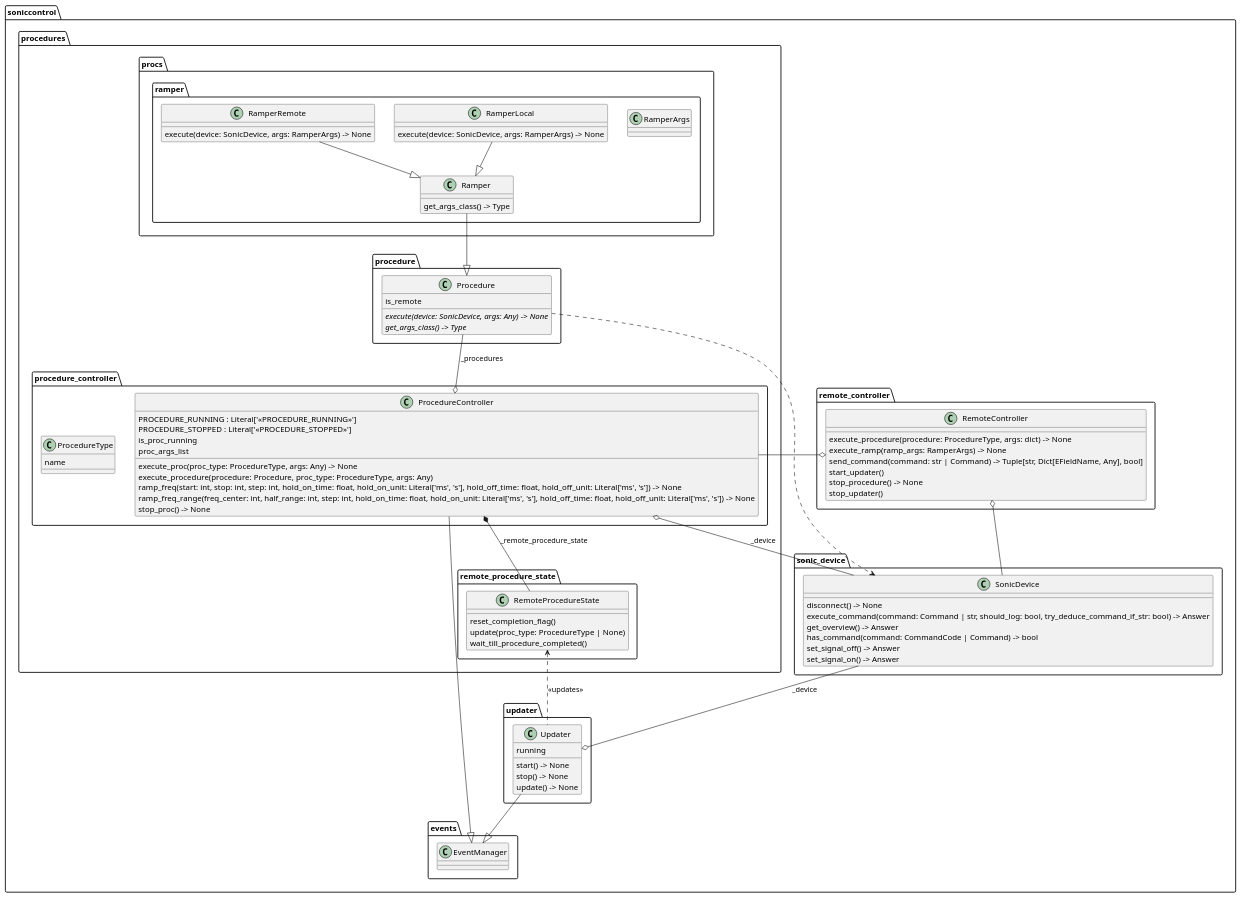
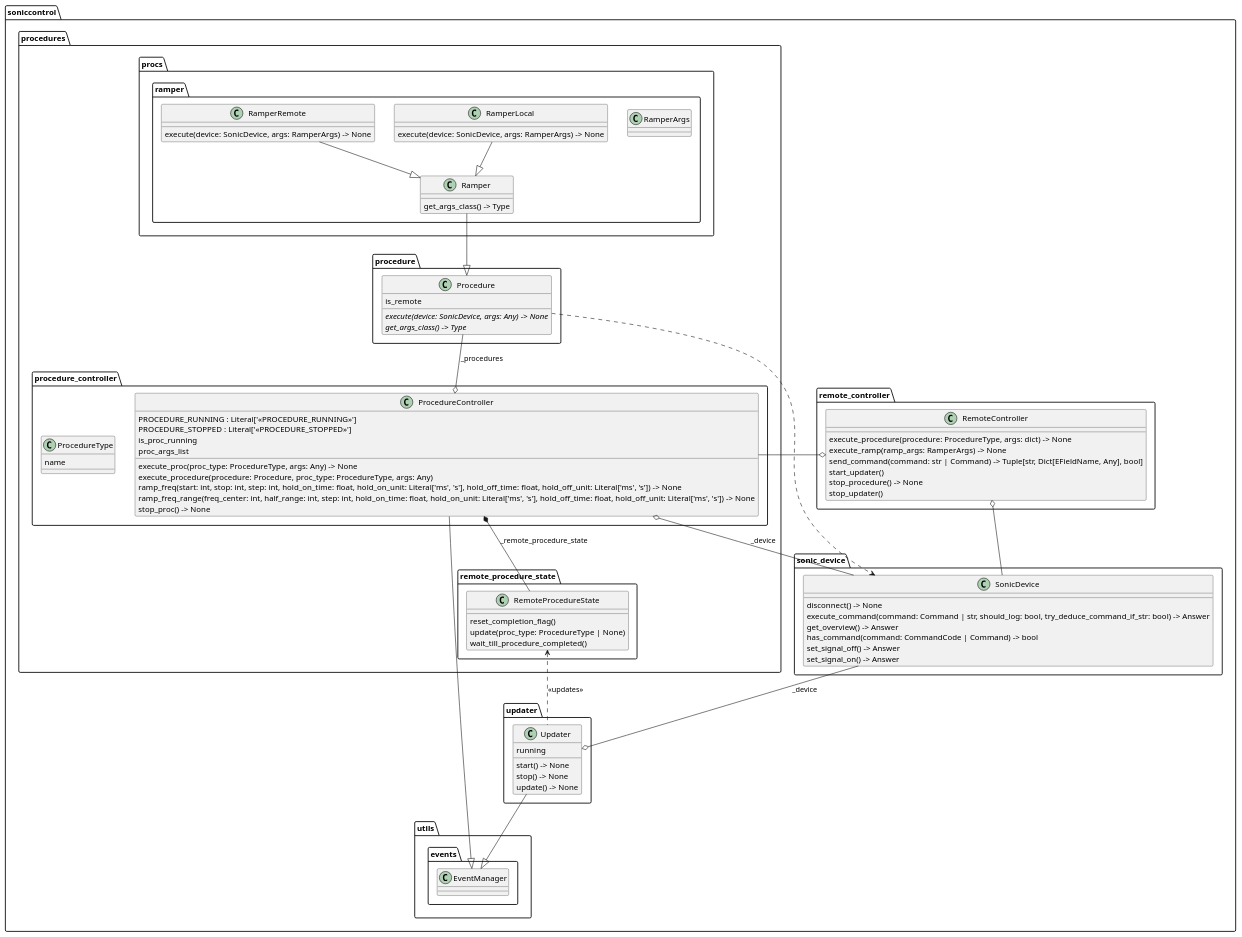
One commit to usepat/SW-soniccontrol changed the diagram in docs/diagrams/soniccontrol/class_procedures.puml. Above: the diagram before and after it, drawn with PlantUML. The commit also changed 5 other files, not shown here.

```diff
--- a/docs/diagrams/soniccontrol/class_procedures.puml
+++ b/docs/diagrams/soniccontrol/class_procedures.puml
@@ -1,99 +1,99 @@
 @startuml class_procedures
 
 set separator . 
 top to bottom direction
 
 
 class "RemoteController" as soniccontrol.remote_controller.RemoteController {
   execute_procedure(procedure: ProcedureType, args: dict) -> None
   execute_ramp(ramp_args: RamperArgs) -> None
   send_command(command: str | Command) -> Tuple[str, Dict[EFieldName, Any], bool]
   start_updater()
   stop_procedure() -> None
   stop_updater()
 }
 
 class "ProcedureType" as soniccontrol.procedures.procedure_controller.ProcedureType {
   name
 }
 
 class "Procedure" as soniccontrol.procedures.procedure.Procedure {
   is_remote
   {abstract}execute(device: SonicDevice, args: Any) -> None
   {abstract}get_args_class() -> Type
 }
 
 class "RemoteProcedureState" as soniccontrol.procedures.remote_procedure_state.RemoteProcedureState {
   reset_completion_flag()
   update(proc_type: ProcedureType | None)
   wait_till_procedure_completed()
 }
 
 class "ProcedureController" as soniccontrol.procedures.procedure_controller.ProcedureController {
   PROCEDURE_RUNNING : Literal['<<PROCEDURE_RUNNING>>']
   PROCEDURE_STOPPED : Literal['<<PROCEDURE_STOPPED>>']
   is_proc_running
   proc_args_list
   execute_proc(proc_type: ProcedureType, args: Any) -> None
   execute_procedure(procedure: Procedure, proc_type: ProcedureType, args: Any)
   ramp_freq(start: int, stop: int, step: int, hold_on_time: float, hold_on_unit: Literal['ms', 's'], hold_off_time: float, hold_off_unit: Literal['ms', 's']) -> None
   ramp_freq_range(freq_center: int, half_range: int, step: int, hold_on_time: float, hold_on_unit: Literal['ms', 's'], hold_off_time: float, hold_off_unit: Literal['ms', 's']) -> None
   stop_proc() -> None
 }
 
 class "Ramper" as soniccontrol.procedures.procs.ramper.Ramper {
   get_args_class() -> Type
 }
 
 class "RamperArgs" as soniccontrol.procedures.procs.ramper.RamperArgs {
 }
 
 class "RamperLocal" as soniccontrol.procedures.procs.ramper.RamperLocal {
   execute(device: SonicDevice, args: RamperArgs) -> None
 }
 
 class "RamperRemote" as soniccontrol.procedures.procs.ramper.RamperRemote {
   execute(device: SonicDevice, args: RamperArgs) -> None
 }
 
 
 
 
 class "SonicDevice" as soniccontrol.sonic_device.SonicDevice {
   disconnect() -> None
   execute_command(command: Command | str, should_log: bool, try_deduce_command_if_str: bool) -> Answer
   get_overview() -> Answer
   has_command(command: CommandCode | Command) -> bool
   set_signal_off() -> Answer
   set_signal_on() -> Answer
 }
 
 class "Updater" as soniccontrol.updater.Updater {
   running
   start() -> None
   stop() -> None
   update() -> None
 }
 
 
 
-soniccontrol.updater.Updater --|> soniccontrol.events.EventManager
+soniccontrol.updater.Updater --|> soniccontrol.utils.events.EventManager
 soniccontrol.sonic_device.SonicDevice --o soniccontrol.updater.Updater : _device
 
-soniccontrol.procedures.procedure_controller.ProcedureController -d-|> soniccontrol.events.EventManager
+soniccontrol.procedures.procedure_controller.ProcedureController -d-|> soniccontrol.utils.events.EventManager
 soniccontrol.procedures.procs.ramper.Ramper -d-|> soniccontrol.procedures.procedure.Procedure
 soniccontrol.procedures.procs.ramper.RamperLocal -d-|> soniccontrol.procedures.procs.ramper.Ramper
 soniccontrol.procedures.procs.ramper.RamperRemote -d-|> soniccontrol.procedures.procs.ramper.Ramper
 
 soniccontrol.procedures.procedure_controller.ProcedureController o-u- soniccontrol.procedures.procedure.Procedure : _procedures
 soniccontrol.sonic_device.SonicDevice -l-o soniccontrol.procedures.procedure_controller.ProcedureController : _device
 soniccontrol.sonic_device.SonicDevice <.u. soniccontrol.procedures.procedure.Procedure
 
 soniccontrol.procedures.remote_procedure_state.RemoteProcedureState -u-* soniccontrol.procedures.procedure_controller.ProcedureController : _remote_procedure_state
 soniccontrol.updater.Updater .l.> soniccontrol.procedures.remote_procedure_state.RemoteProcedureState : <<updates>>
 
 
 soniccontrol.remote_controller.RemoteController o-l- soniccontrol.procedures.procedure_controller.ProcedureController
 soniccontrol.remote_controller.RemoteController o-d- soniccontrol.sonic_device.SonicDevice
 
 @enduml
```
